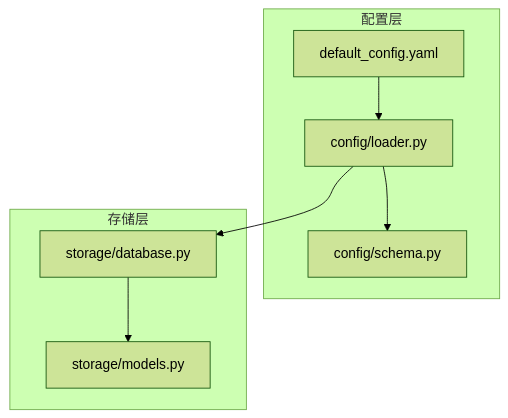
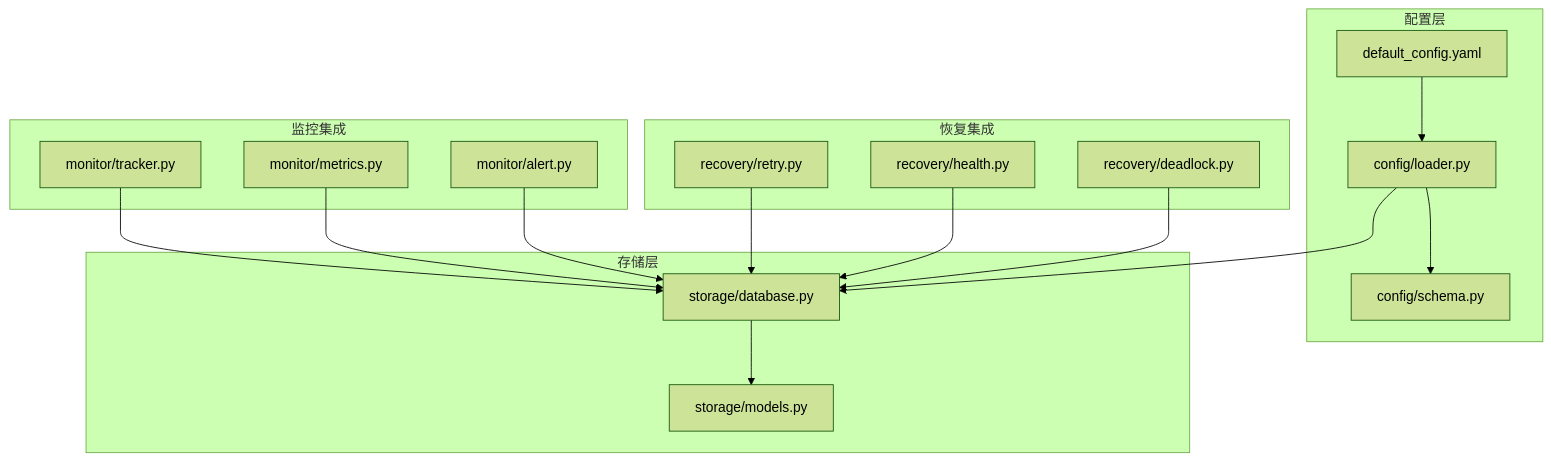
The first of 6 diagrams in .qoder/repowiki/zh/content/数据存储系统/数据存储系统.md (eden2f/cron-copilot), drawn with Mermaid (forest theme) before and after one commit. The commit also changed other lines of this file and 21 other files, not shown here.

````diff
--- a/.qoder/repowiki/zh/content/数据存储系统/数据存储系统.md
+++ b/.qoder/repowiki/zh/content/数据存储系统/数据存储系统.md
@@ -31,16 +46,32 @@
 ```mermaid
 graph TB
 subgraph "配置层"
 CFG["default_config.yaml"]
 LDR["config/loader.py"]
 SCH["config/schema.py"]
 end
 subgraph "存储层"
 DBM["storage/database.py"]
 MOD["storage/models.py"]
 end
+subgraph "监控集成"
+TRK["monitor/tracker.py"]
+MET["monitor/metrics.py"]
+ALM["monitor/alert.py"]
+end
+subgraph "恢复集成"
+RMT["recovery/retry.py"]
+HCK["recovery/health.py"]
+DDL["recovery/deadlock.py"]
+end
 CFG --> LDR
 LDR --> SCH
 LDR --> DBM
 DBM --> MOD
+TRK --> DBM
+MET --> DBM
+ALM --> DBM
+RMT --> DBM
+HCK --> DBM
+DDL --> DBM
 ```
````
